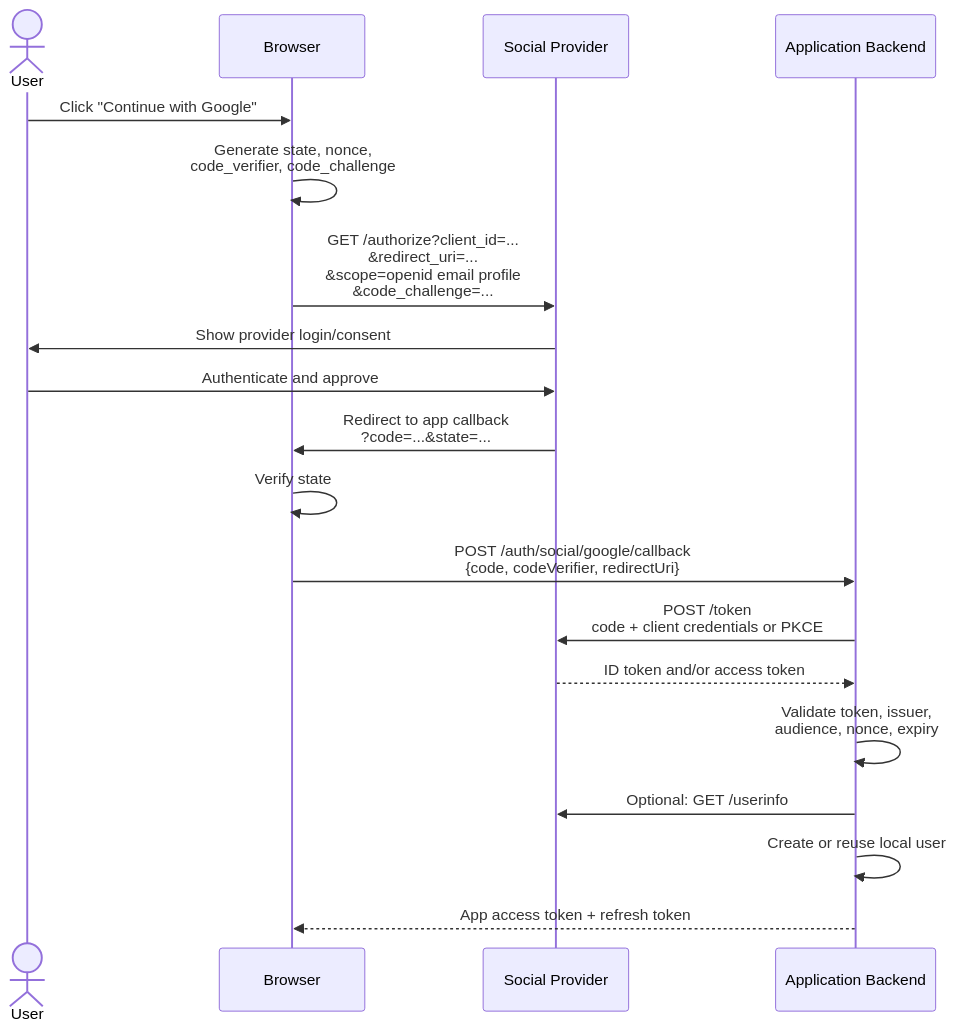
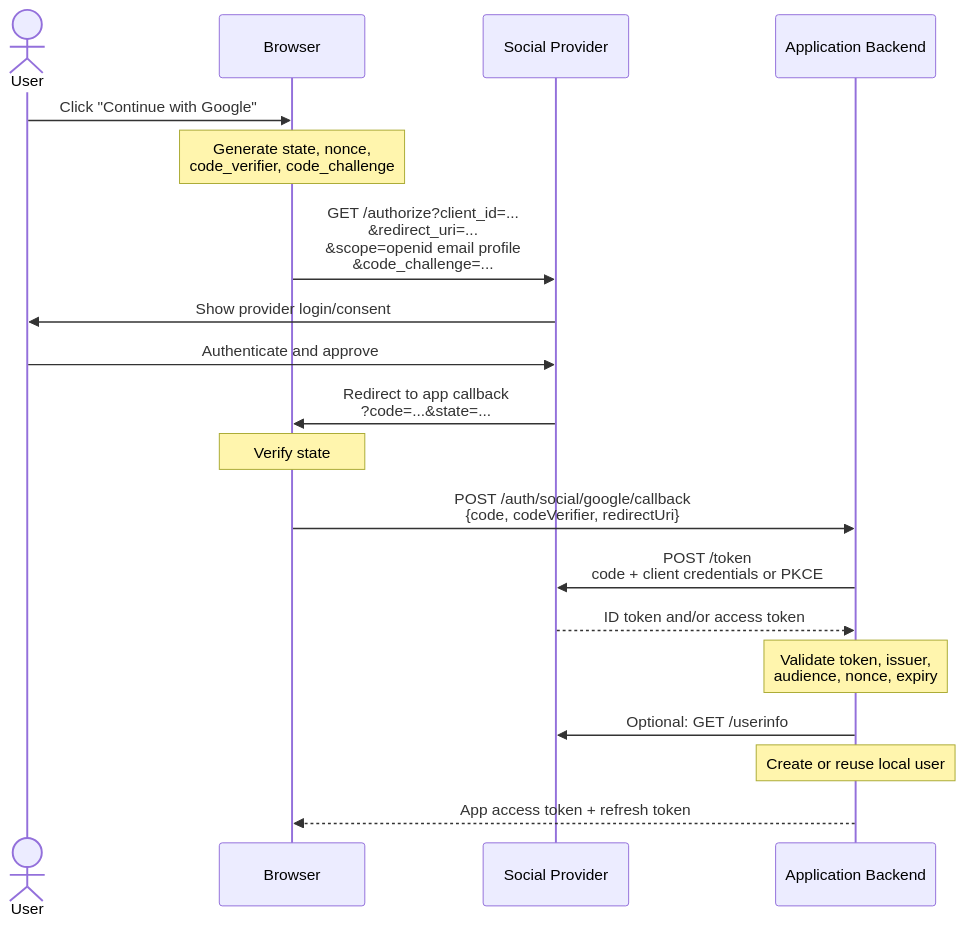
Before and after one commit to slawekradzyminski/awesome-localstack: the fifth of 8 diagrams in docs/DIRECT_SOCIAL_LOGIN.md, drawn with Mermaid. The commit also changed other lines of this file and 89 other files, not shown here.

````diff
--- a/docs/DIRECT_SOCIAL_LOGIN.md
+++ b/docs/DIRECT_SOCIAL_LOGIN.md
@@ -114,22 +103,22 @@
 ```mermaid
 sequenceDiagram
     actor User
     participant Browser as Browser
     participant Provider as Social Provider
     participant Backend as Application Backend
 
     User->>Browser: Click "Continue with Google"
-    Browser->>Browser: Generate state, nonce,<br/>code_verifier, code_challenge
+    Note over Browser: Generate state, nonce,<br/>code_verifier, code_challenge
     Browser->>Provider: GET /authorize?client_id=...<br/>&redirect_uri=...<br/>&scope=openid email profile<br/>&code_challenge=...
     Provider->>User: Show provider login/consent
     User->>Provider: Authenticate and approve
     Provider->>Browser: Redirect to app callback<br/>?code=...&state=...
-    Browser->>Browser: Verify state
+    Note over Browser: Verify state
     Browser->>Backend: POST /auth/social/google/callback<br/>{code, codeVerifier, redirectUri}
     Backend->>Provider: POST /token<br/>code + client credentials or PKCE
     Provider-->>Backend: ID token and/or access token
-    Backend->>Backend: Validate token, issuer,<br/>audience, nonce, expiry
+    Note over Backend: Validate token, issuer,<br/>audience, nonce, expiry
     Backend->>Provider: Optional: GET /userinfo
-    Backend->>Backend: Create or reuse local user
+    Note over Backend: Create or reuse local user
     Backend-->>Browser: App access token + refresh token
 ```
````
